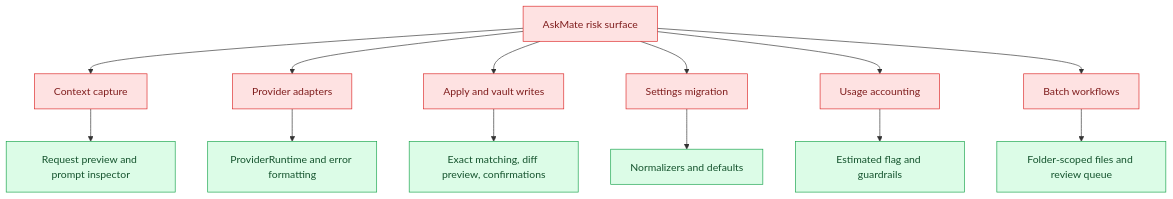
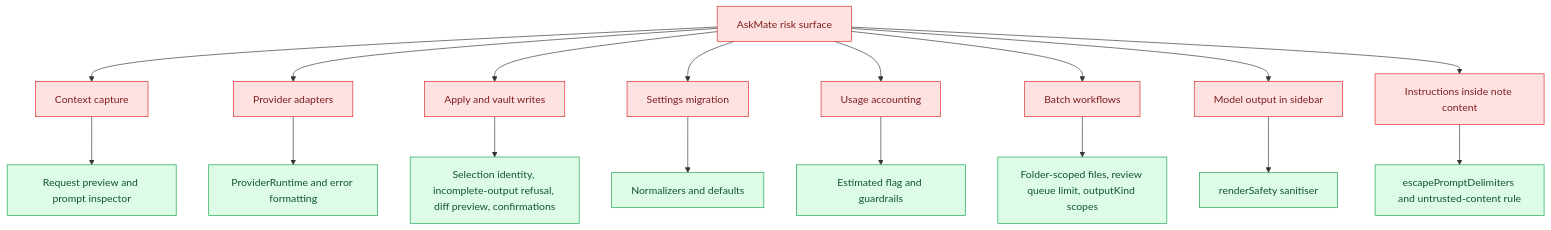
The diagram in DigVis/08-risk-and-edge-cases.md (CodeWithBehnam/askmate), drawn with Mermaid before and after one commit. The commit also changed other lines of this file and 88 other files, not shown here.

````diff
--- a/DigVis/08-risk-and-edge-cases.md
+++ b/DigVis/08-risk-and-edge-cases.md
@@ -9,23 +9,27 @@
 ```mermaid
 flowchart TD
   Risks["AskMate risk surface"] --> Context["Context capture"]
   Risks --> Provider["Provider adapters"]
   Risks --> Apply["Apply and vault writes"]
   Risks --> Settings["Settings migration"]
   Risks --> Usage["Usage accounting"]
   Risks --> Batch["Batch workflows"]
+  Risks --> Output["Model output in sidebar"]
+  Risks --> Injection["Instructions inside note content"]
 
   Context --> ContextMit["Request preview and prompt inspector"]
   Provider --> ProviderMit["ProviderRuntime and error formatting"]
-  Apply --> ApplyMit["Exact matching, diff preview, confirmations"]
+  Apply --> ApplyMit["Selection identity, incomplete-output refusal, diff preview, confirmations"]
   Settings --> SettingsMit["Normalizers and defaults"]
   Usage --> UsageMit["Estimated flag and guardrails"]
-  Batch --> BatchMit["Folder-scoped files and review queue"]
+  Batch --> BatchMit["Folder-scoped files, review queue limit, outputKind scopes"]
+  Output --> OutputMit["renderSafety sanitiser"]
+  Injection --> InjectionMit["escapePromptDelimiters and untrusted-content rule"]
 
   classDef risk fill:#FEE2E2,stroke:#DC2626,color:#7F1D1D
   classDef core fill:#E0F2FE,stroke:#0284C7,color:#0F172A
   classDef test fill:#DCFCE7,stroke:#16A34A,color:#14532D
 
-  class Risks,Context,Provider,Apply,Settings,Usage,Batch risk
-  class ContextMit,ProviderMit,ApplyMit,SettingsMit,UsageMit,BatchMit test
+  class Risks,Context,Provider,Apply,Settings,Usage,Batch,Output,Injection risk
+  class ContextMit,ProviderMit,ApplyMit,SettingsMit,UsageMit,BatchMit,OutputMit,InjectionMit test
 ```
````
